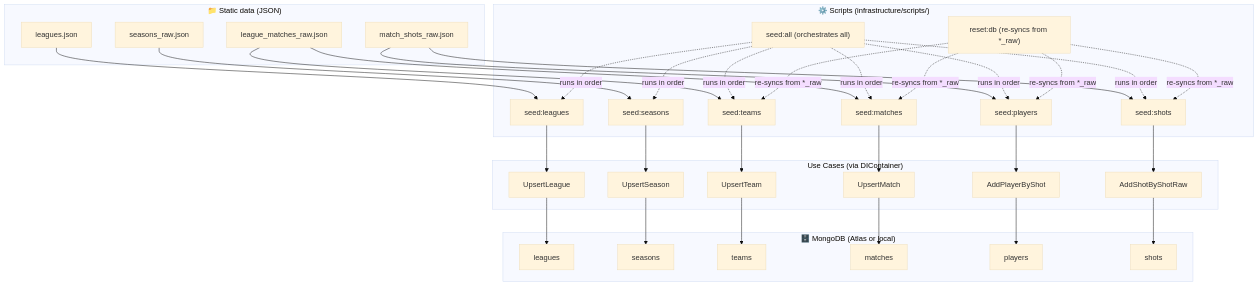
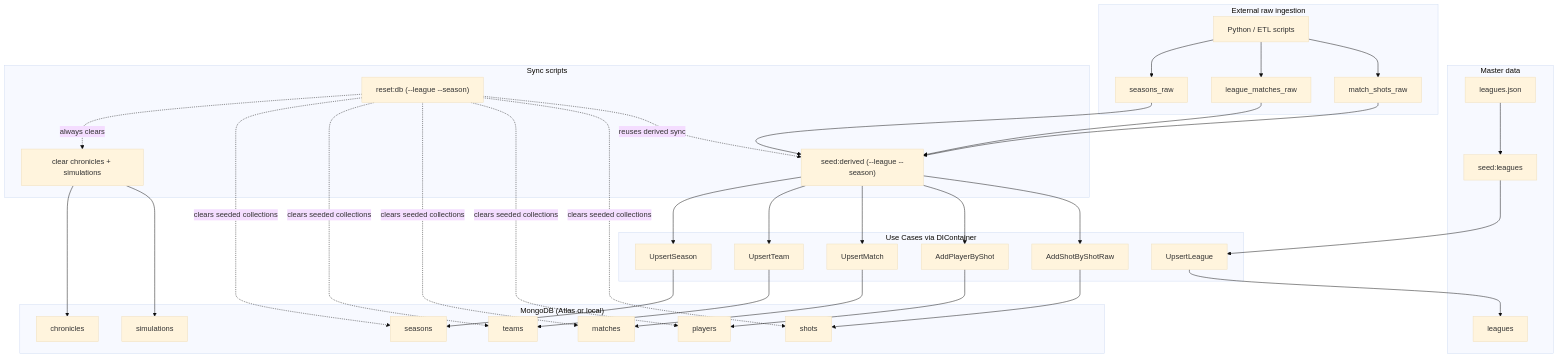
Before and after one commit to smarcilla/simumatch-montecarlo-ai: the sixth of 6 diagrams in README.md, drawn with Mermaid (base theme). The commit also changed other lines of this file and 48 other files, not shown here.

````diff
--- a/README.md
+++ b/README.md
@@ -386,48 +401,60 @@
 ```mermaid
 flowchart TD
-    subgraph Files["📁 Static data (JSON)"]
+    subgraph Master["Master data"]
         LJ["leagues.json"]
-        SJ["seasons_raw.json"]
-        MJ["league_matches_raw.json"]
-        SHJ["match_shots_raw.json"]
+        SL["seed:leagues"]
+        CL["leagues"]
     end
 
-    subgraph Scripts["⚙️ Scripts (infrastructure/scripts/)"]
-        SL["seed:leagues"]
-        SS["seed:seasons"]
-        ST["seed:teams"]
-        SM["seed:matches"]
-        SP["seed:players"]
-        SSH["seed:shots"]
-        SALL["seed:all (orchestrates all)"]
-        RESET["reset:db (re-syncs from *_raw)"]
+    subgraph Raw["External raw ingestion"]
+        EXT["Python / ETL scripts"]
+        SR["seasons_raw"]
+        MR["league_matches_raw"]
+        SHR["match_shots_raw"]
     end
 
-    subgraph UC["Use Cases (via DIContainer)"]
+    subgraph Scripts["Sync scripts"]
+        SD["seed:derived (--league --season)"]
+        RESET["reset:db (--league --season)"]
+        CLEAR["clear chronicles + simulations"]
+    end
+
+    subgraph UC["Use Cases via DIContainer"]
         UCL["UpsertLeague"]
         UCS["UpsertSeason"]
         UCT["UpsertTeam"]
         UCM["UpsertMatch"]
         UCP["AddPlayerByShot"]
         UCSH["AddShotByShotRaw"]
     end
 
-    subgraph MongoDB["🗄️ MongoDB (Atlas or local)"]
-        CL["leagues"]
+    subgraph MongoDB["MongoDB (Atlas or local)"]
         CS["seasons"]
         CT["teams"]
         CM["matches"]
         CP["players"]
         CSH["shots"]
+        CCH["chronicles"]
+        CSI["simulations"]
     end
 
     LJ --> SL --> UCL --> CL
-    SJ --> SS --> UCS --> CS
-    MJ --> ST --> UCT --> CT
-    MJ --> SM --> UCM --> CM
-    SHJ --> SP --> UCP --> CP
-    SHJ --> SSH --> UCSH --> CSH
+    EXT --> SR
+    EXT --> MR
+    EXT --> SHR
 
-    SALL -.->|runs in order| SL & SS & ST & SM & SP & SSH
-    RESET -.->|re-syncs from *_raw| ST & SM & SP & SSH
+    SR --> SD
+    MR --> SD
+    SHR --> SD
+    SD --> UCS --> CS
+    SD --> UCT --> CT
+    SD --> UCM --> CM
+    SD --> UCP --> CP
+    SD --> UCSH --> CSH
+
+    RESET -.->|always clears| CLEAR
+    CLEAR --> CCH
+    CLEAR --> CSI
+    RESET -.->|clears seeded collections| CS & CT & CM & CP & CSH
+    RESET -.->|reuses derived sync| SD
 ```
````
